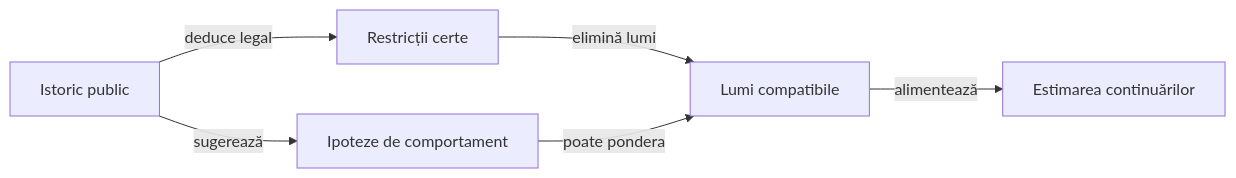
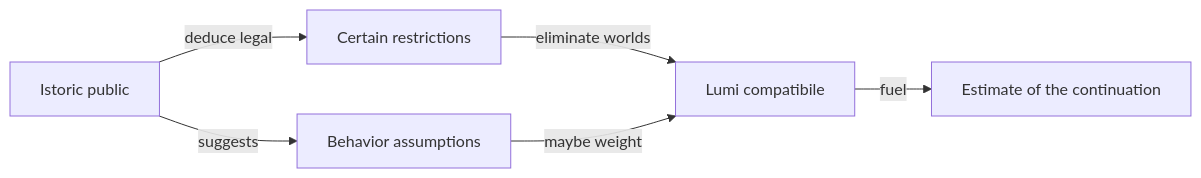
One commit to crististefanita/atf_j4 changed the second of 2 diagrams in docs/ai/README.md. Above: the diagram before and after it, drawn with Mermaid. The commit also changed other lines of this file and 122 other files, not shown here.

````diff
--- a/docs/ai/README.md
+++ b/docs/ai/README.md
@@ -65,8 +65,8 @@
 ```mermaid
 flowchart LR
-    PUBLIC[Istoric public] -->|deduce legal| VOID[Restricții certe]
-    PUBLIC -->|sugerează| MODEL[Ipoteze de comportament]
-    VOID -->|elimină lumi| WORLDS[Lumi compatibile]
-    MODEL -->|poate pondera| WORLDS
-    WORLDS -->|alimentează| PLAN[Estimarea continuărilor]
+    PUBLIC[Istoric public] -->|deduce legal| VOID[Certain restrictions]
+    PUBLIC -->|suggests| MODEL[Behavior assumptions]
+    VOID -->|eliminate worlds| WORLDS[Lumi compatibile]
+    MODEL -->|maybe weight| WORLDS
+    WORLDS -->|fuel| PLAN[Estimate of the continuation]
 ```
````
